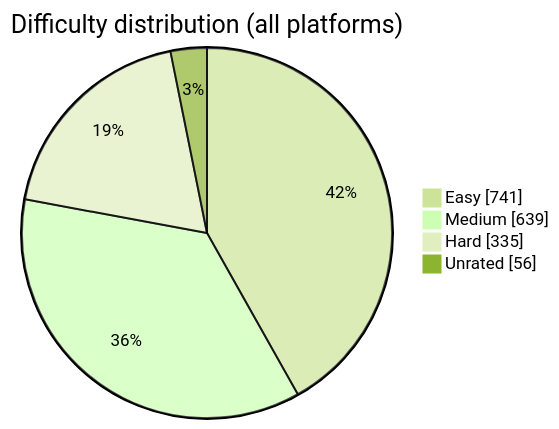
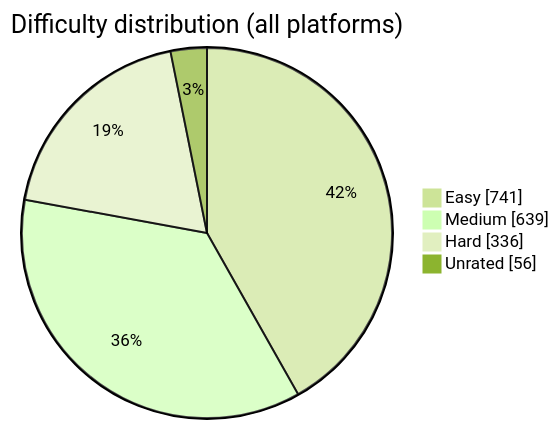
The diagram in README.md (BuildbyArindam/Daily-Coding-Log), drawn with Mermaid (forest theme) before and after one commit. The commit also changed other lines of this file, not shown here.

````diff
--- a/README.md
+++ b/README.md
@@ -108,7 +108,7 @@
 ```mermaid
 pie showData title Difficulty distribution (all platforms)
     "Easy" : 741
     "Medium" : 639
-    "Hard" : 335
+    "Hard" : 336
     "Unrated" : 56
 ```
````
